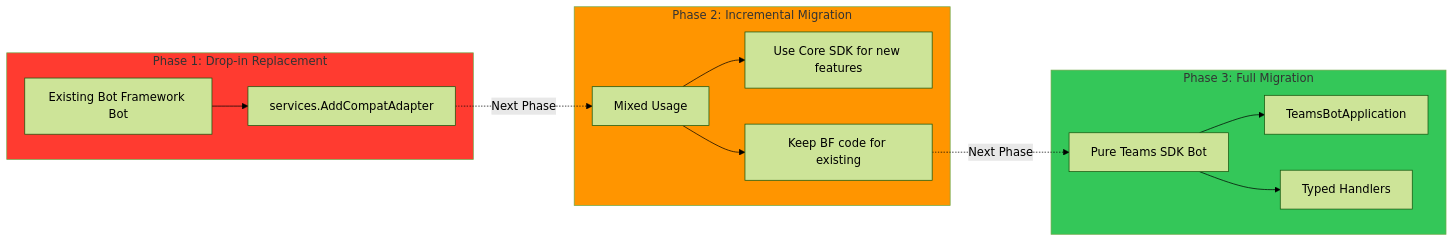
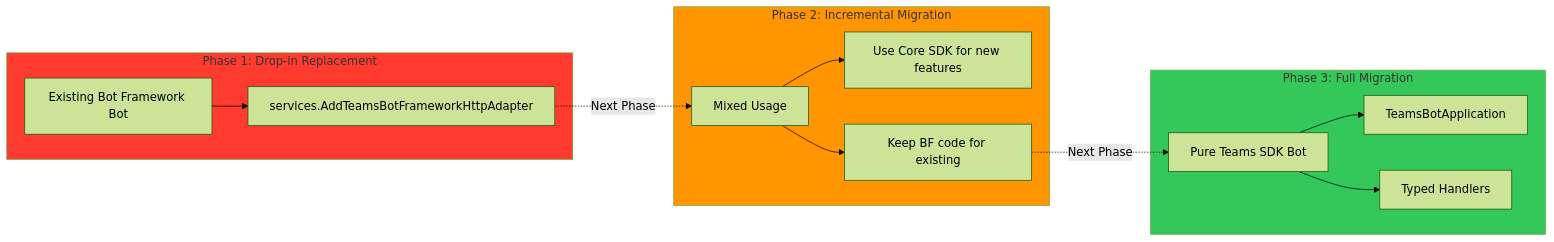
Diagram 15 of 19 in core/docs/Architecture.md (microsoft/teams.net), drawn with Mermaid (forest theme) before and after one commit. The commit also changed other lines of this file and 13 other files, not shown here.

````diff
--- a/core/docs/Architecture.md
+++ b/core/docs/Architecture.md
@@ -687,31 +687,31 @@
 ```mermaid
 graph LR
     subgraph Phase1["Phase 1: Drop-in Replacement"]
         BFBot1[Existing Bot Framework Bot]
-        AddCompat1[services.AddCompatAdapter]
-        BFBot1 --> AddCompat1
+        AddAdapter1[services.AddTeamsBotFrameworkHttpAdapter]
+        BFBot1 --> AddAdapter1
     end
 
     subgraph Phase2["Phase 2: Incremental Migration"]
         BFBot2[Mixed Usage]
         UseCore[Use Core SDK for new features]
         KeepBF[Keep BF code for existing]
         BFBot2 --> UseCore
         BFBot2 --> KeepBF
     end
 
     subgraph Phase3["Phase 3: Full Migration"]
         CoreBot[Pure Teams SDK Bot]
         TeamsBotApp[TeamsBotApplication]
         Handlers[Typed Handlers]
         CoreBot --> TeamsBotApp
         CoreBot --> Handlers
     end
 
-    AddCompat1 -.Next Phase.-> BFBot2
+    AddAdapter1 -.Next Phase.-> BFBot2
     KeepBF -.Next Phase.-> CoreBot
 
     style Phase1 fill:#ff3b30
     style Phase2 fill:#ff9500
     style Phase3 fill:#34c759
 ```
````
